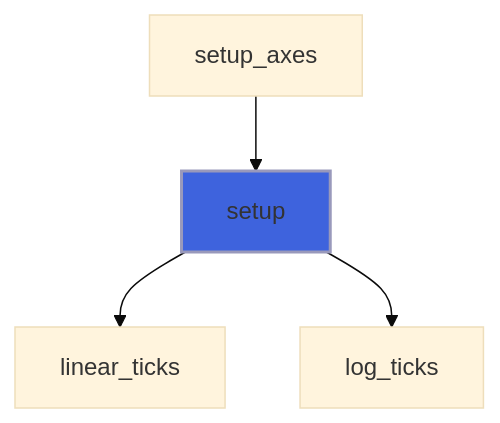
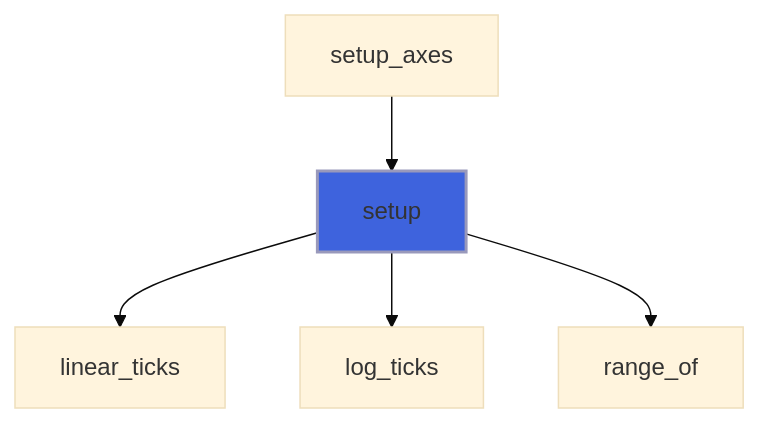
The fourth of 7 diagrams in docs/api/src/lib/foresight_axis.md (szaghi/foresight), drawn with Mermaid (base theme) before and after one commit. The commit also changed other lines of this file and 97 other files, not shown here.

````diff
--- a/docs/api/src/lib/foresight_axis.md
+++ b/docs/api/src/lib/foresight_axis.md
@@ -115,7 +148,8 @@
 ```mermaid
 flowchart TD
   setup_axes["setup_axes"] --> setup["setup"]
   setup["setup"] --> linear_ticks["linear_ticks"]
   setup["setup"] --> log_ticks["log_ticks"]
+  setup["setup"] --> range_of["range_of"]
   style setup fill:#3e63dd,stroke:#99b,stroke-width:2px
 ```
````
